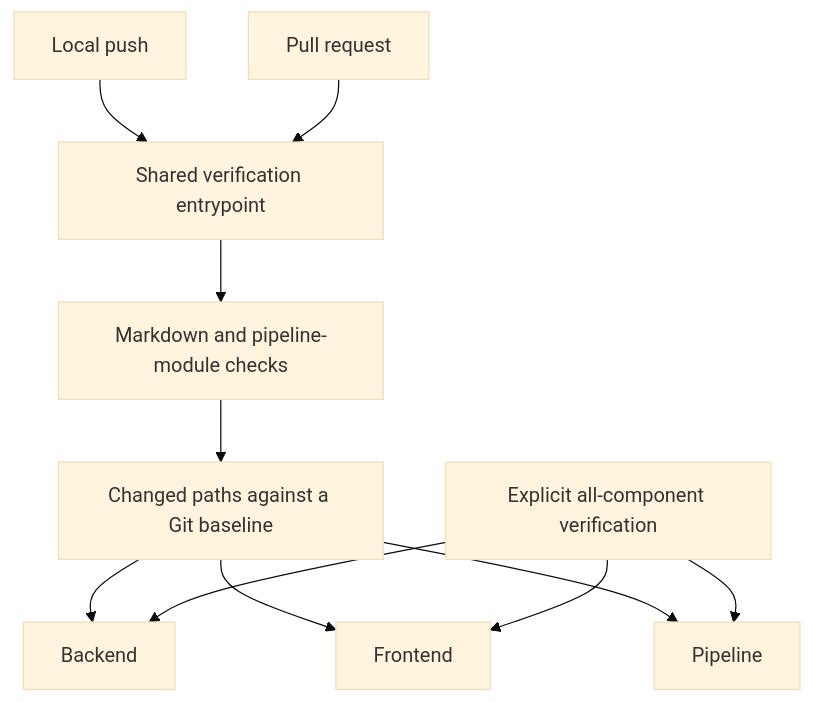
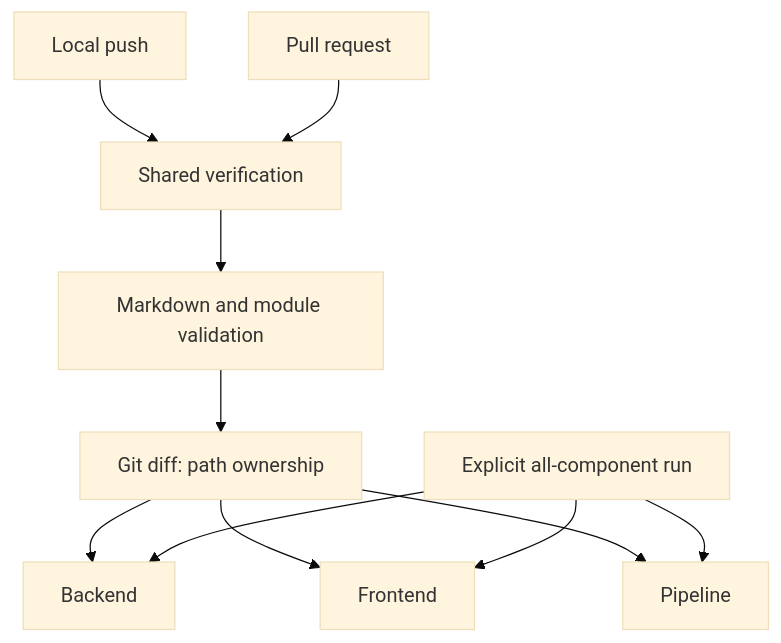
Before and after one commit to cosminci/photography: the diagram in ci/specs/design.md, drawn with Mermaid (base theme). The commit also changed other lines of this file and 16 other files, not shown here.

````diff
--- a/ci/specs/design.md
+++ b/ci/specs/design.md
@@ -9,11 +3,9 @@
 ```mermaid
 flowchart TD
-  Push["Local push"] --> Verify["Shared verification entrypoint"]
-  PR["Pull request"] --> Verify
-  Verify --> Shared["Markdown and pipeline-module checks"]
-  Shared --> Selection["Changed paths against a Git baseline"]
-  Selection --> Backend
-  Selection --> Frontend
-  Selection --> Pipeline
-  All["Explicit all-component verification"] --> Backend & Frontend & Pipeline
+    Push["Local push"] --> Verify["Shared verification"]
+    PR["Pull request"] --> Verify
+    Verify --> Shared["Markdown and module validation"]
+    Shared --> Selection["Git diff: path ownership"]
+    Selection --> Backend & Frontend & Pipeline
+    All["Explicit all-component run"] --> Backend & Frontend & Pipeline
 ```
````
